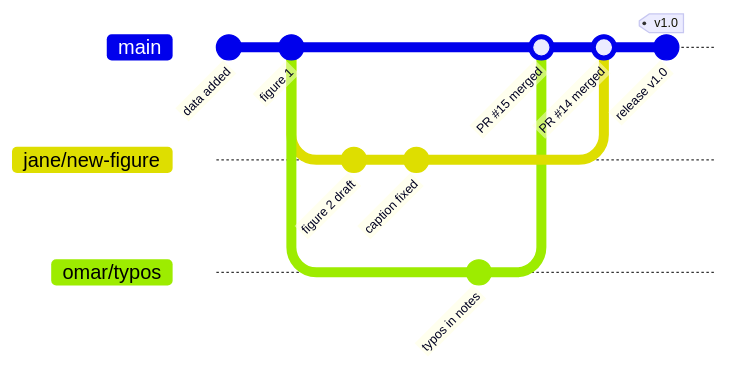
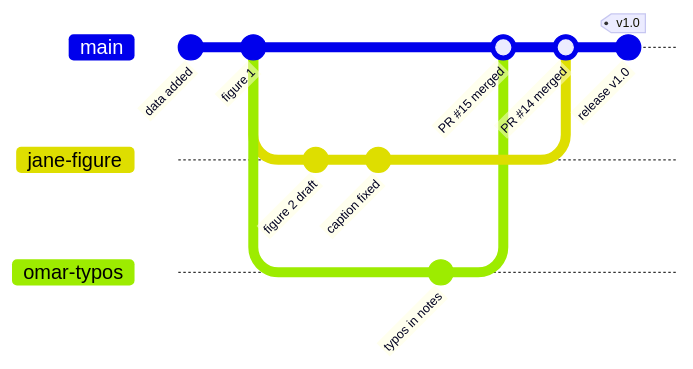
One commit to industrial-mathematics-group/aisignoff-playground changed the first of 2 diagrams in workshop/01-mental-model.md. Above: the diagram before and after it, drawn with Mermaid.

Commit message:
Use branch names without slashes in the workshop's history diagram
Claude-Session: https://claude.ai/code/session_012HAeeU1sZwK7MCMjuAW51n

````diff
--- a/workshop/01-mental-model.md
+++ b/workshop/01-mental-model.md
@@ -23,17 +23,17 @@
 ```mermaid
 gitGraph
     commit id: "data added"
     commit id: "figure 1"
-    branch jane/new-figure
-    checkout jane/new-figure
+    branch jane-figure
+    checkout jane-figure
     commit id: "figure 2 draft"
     commit id: "caption fixed"
     checkout main
-    branch omar/typos
-    checkout omar/typos
+    branch omar-typos
+    checkout omar-typos
     commit id: "typos in notes"
     checkout main
-    merge omar/typos id: "PR #15 merged"
-    merge jane/new-figure id: "PR #14 merged"
+    merge omar-typos id: "PR #15 merged"
+    merge jane-figure id: "PR #14 merged"
     commit id: "release v1.0" tag: "v1.0"
 ```
````
